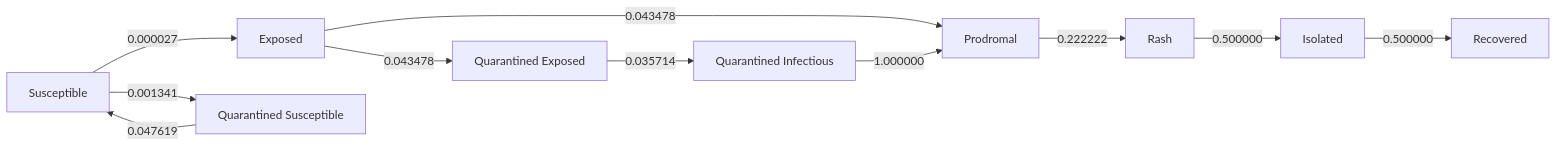
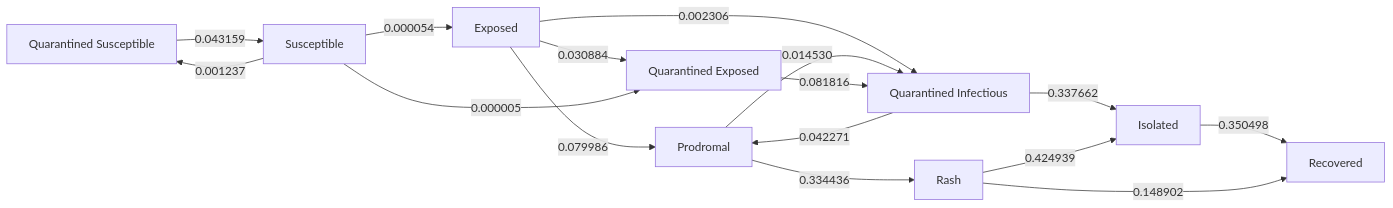
One commit to EpiForeSITE/epiworld-measles changed the diagram in school_quarantine/edgemont_92_npi.md. Above: the diagram before and after it, drawn with Mermaid. The commit also changed other lines of this file and 10 other files, not shown here.

Commit message:
New version of epiworld: draws diagrams f(all simulations)

````diff
--- a/school_quarantine/edgemont_92_npi.md
+++ b/school_quarantine/edgemont_92_npi.md
@@ -138,23 +138,28 @@
 ``` mermaid
 flowchart LR
-    s0[Susceptible]
-    s1[Exposed]
+    s0[Exposed]
+    s1[Isolated]
     s2[Prodromal]
-    s3[Rash]
-    s4[Isolated]
-    s5[Quarantined Exposed]
-    s6[Quarantined Susceptible]
-    s7[Quarantined Infectious]
-    s8[Recovered]
-    s0 -->|0.000027| s1
-    s0 -->|0.001341| s6
-    s1 -->|0.043478| s2
-    s1 -->|0.043478| s5
-    s2 -->|0.222222| s3
-    s3 -->|0.500000| s4
-    s4 -->|0.500000| s8
-    s5 -->|0.035714| s7
-    s6 -->|0.047619| s0
-    s7 -->|1.000000| s2
+    s3[Quarantined Exposed]
+    s4[Quarantined Infectious]
+    s5[Quarantined Susceptible]
+    s6[Rash]
+    s7[Recovered]
+    s8[Susceptible]
+    s0 -->|0.079986| s2
+    s0 -->|0.030884| s3
+    s0 -->|0.002306| s4
+    s1 -->|0.350498| s7
+    s2 -->|0.014530| s4
+    s2 -->|0.334436| s6
+    s3 -->|0.081816| s4
+    s4 -->|0.337662| s1
+    s4 -->|0.042271| s2
+    s5 -->|0.043159| s8
+    s6 -->|0.424939| s1
+    s6 -->|0.148902| s7
+    s8 -->|0.000054| s0
+    s8 -->|0.000005| s3
+    s8 -->|0.001237| s5
 
 ```
````
